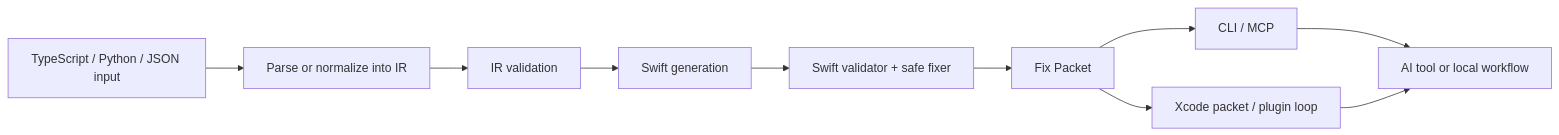
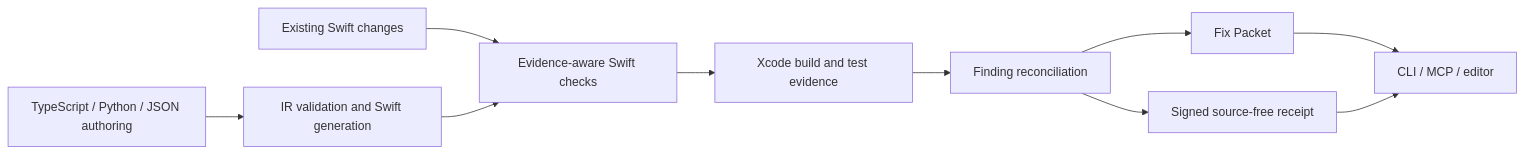
The first of 2 diagrams in ARCHITECTURE.md (agenticempire/axint), drawn with Mermaid before and after one commit. The commit also changed other lines of this file and 27 other files, not shown here.

````diff
--- a/ARCHITECTURE.md
+++ b/ARCHITECTURE.md
@@ -9,12 +11,12 @@
 ```mermaid
 flowchart LR
-    A["TypeScript / Python / JSON input"] --> B["Parse or normalize into IR"]
-    B --> C["IR validation"]
-    C --> D["Swift generation"]
-    D --> E["Swift validator + safe fixer"]
-    E --> F["Fix Packet"]
-    F --> G["CLI / MCP"]
-    F --> H["Xcode packet / plugin loop"]
-    G --> I["AI tool or local workflow"]
+    A["Existing Swift changes"] --> C["Evidence-aware Swift checks"]
+    B["TypeScript / Python / JSON authoring"] --> D["IR validation and Swift generation"]
+    D --> C
+    C --> E["Xcode build and test evidence"]
+    E --> F["Finding reconciliation"]
+    F --> G["Fix Packet"]
+    F --> H["Signed source-free receipt"]
+    G --> I["CLI / MCP / editor"]
     H --> I
 ```
````
